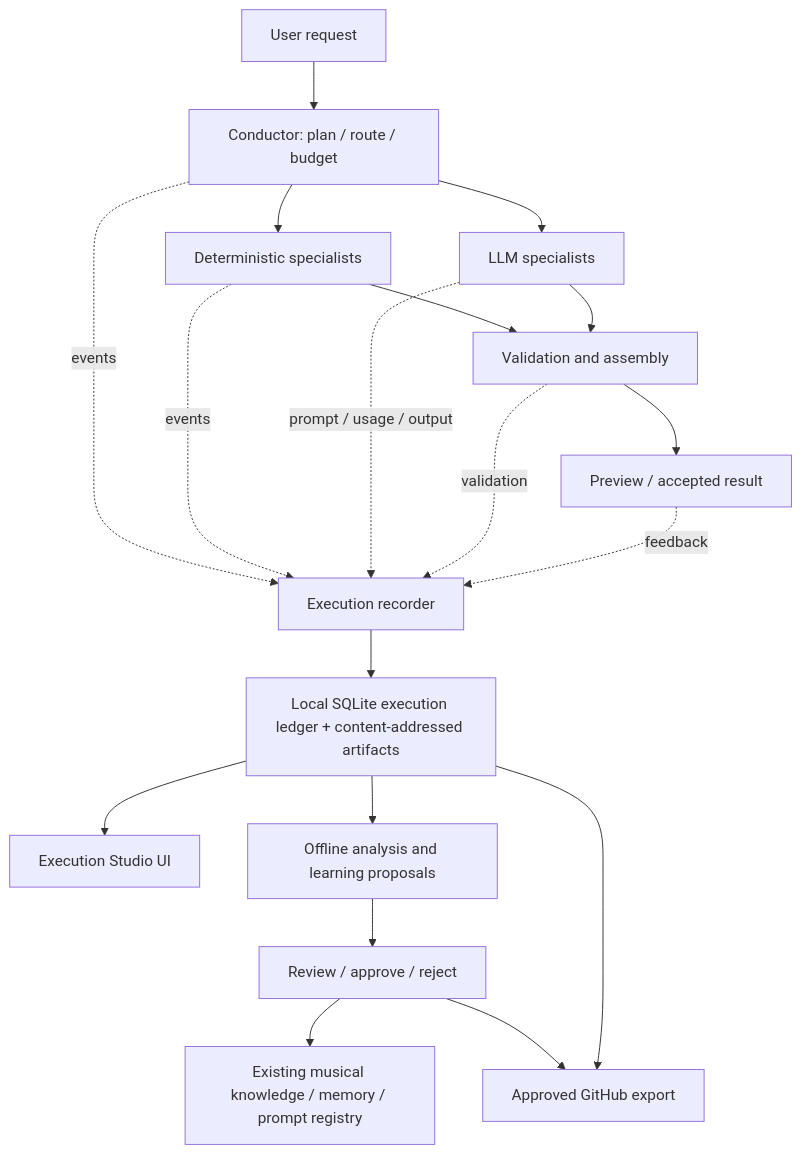
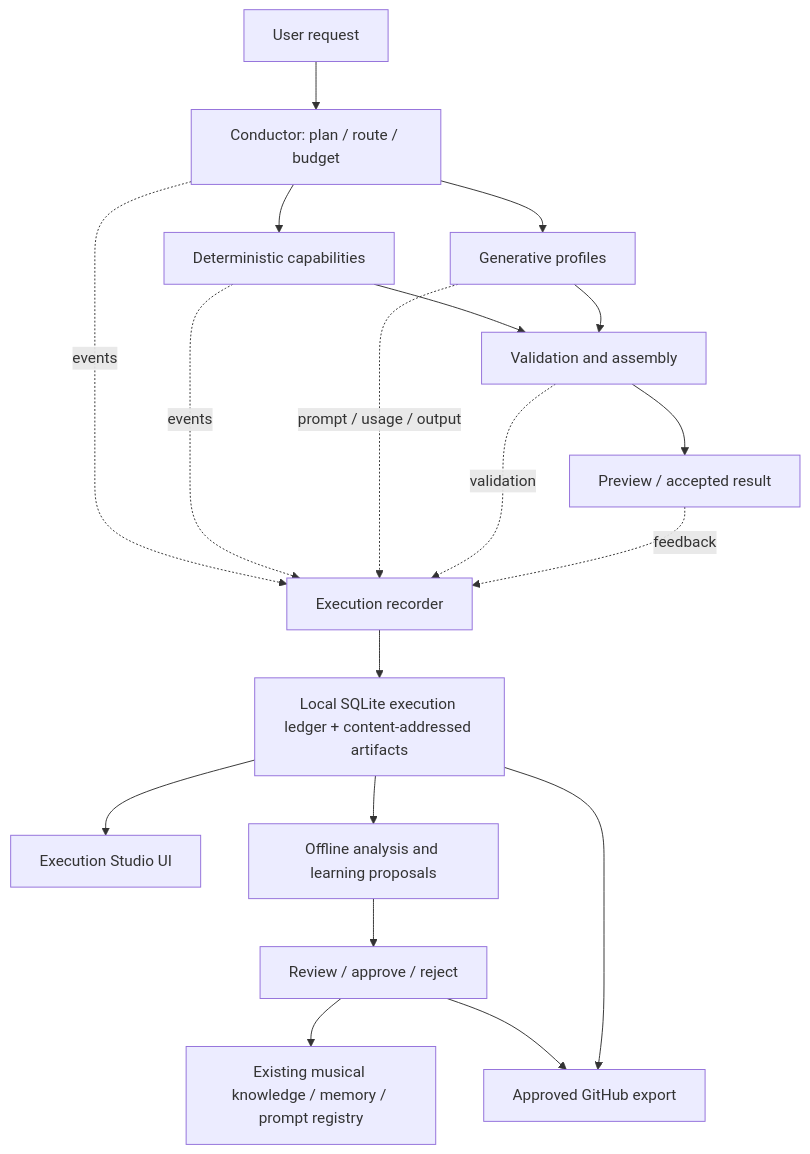
Before and after one commit to vsalesa/tidal-studio: diagram 23 of 26 in docs/maestro-v2/EXECUTION_STUDIO_LEARNING_V24.en.md, drawn with Mermaid. The commit also changed other lines of this file and 8 other files, not shown here.

First line of the commit message:
docs(maestro-v2): 13 architecture decisions of 2026-11-25 (#76)

````diff
--- a/docs/maestro-v2/EXECUTION_STUDIO_LEARNING_V24.en.md
+++ b/docs/maestro-v2/EXECUTION_STUDIO_LEARNING_V24.en.md
@@ -1302,21 +1314,21 @@
 ```mermaid
 flowchart TD
  U[User request] --> C[Conductor: plan / route / budget]
- C --> D[Deterministic specialists]
- C --> A[LLM specialists]
+ C --> D[Deterministic capabilities]
+ C --> A[Generative profiles]
  D --> V[Validation and assembly]
  A --> V
  V --> O[Preview / accepted result]
  C -. events .-> E[Execution recorder]
  D -. events .-> E
  A -. prompt / usage / output .-> E
  V -. validation .-> E
  O -. feedback .-> E
  E --> S[Local SQLite execution ledger + content-addressed artifacts]
  S --> M[Execution Studio UI]
  S --> L[Offline analysis and learning proposals]
  L --> R[Review / approve / reject]
  R --> K[Existing musical knowledge / memory / prompt registry]
  R --> G[Approved GitHub export]
  S --> G
 ```
````
